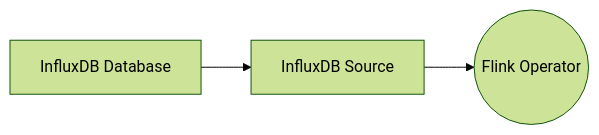
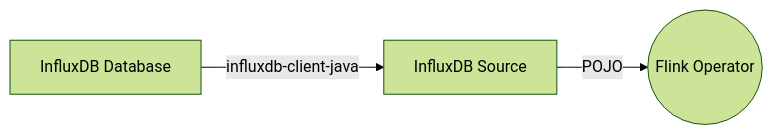
One commit to WangMinan/bahir-flink changed the diagram in flink-connector-influxdb2/README.md. Above: the diagram before and after it, drawn with Mermaid (forest theme). The commit also changed other lines of this file, not shown here.

Commit message:
【DOC】补充说明

````diff
--- a/flink-connector-influxdb2/README.md
+++ b/flink-connector-influxdb2/README.md
@@ -49,5 +49,5 @@
 ```mermaid
-graph LR
-    InfluxDBDataBase[InfluxDB Database] --> InfluxDBSource[InfluxDB Source]
-    InfluxDBSource --> FlinkOperator((Flink Operator))
+flowchart LR
+    InfluxDBDataBase["InfluxDB Database"] -- influxdb-client-java --> InfluxDBSource["InfluxDB Source"]
+    InfluxDBSource -- POJO --> FlinkOperator(("Flink Operator"))
 ```
````
